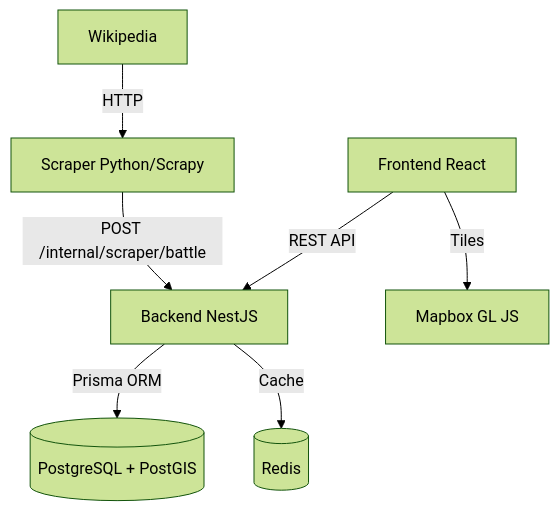
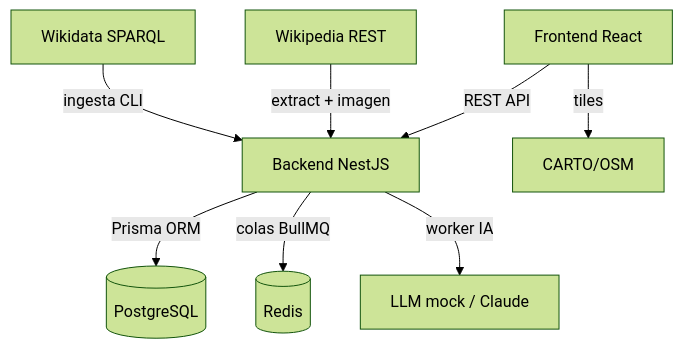
One commit to mtzgutierrez/bellum-atlas changed the diagram in docs/arquitectura/index.md. Above: the diagram before and after it, drawn with Mermaid (forest theme). The commit also changed other lines of this file and 76 other files, not shown here.

````diff
--- a/docs/arquitectura/index.md
+++ b/docs/arquitectura/index.md
@@ -9,9 +11,10 @@
 ```mermaid
 graph TD
-    W[Wikipedia] -->|HTTP| S[Scraper Python/Scrapy]
-    S -->|POST /internal/scraper/battle| B[Backend NestJS]
-    B -->|Prisma ORM| DB[(PostgreSQL + PostGIS)]
-    B -->|Cache| R[(Redis)]
+    WD[Wikidata SPARQL] -->|ingesta CLI| B[Backend NestJS]
+    WP[Wikipedia REST] -->|extract + imagen| B
+    B -->|Prisma ORM| DB[(PostgreSQL)]
+    B -->|colas BullMQ| R[(Redis)]
+    B -->|worker IA| LLM[LLM mock / Claude]
     F[Frontend React] -->|REST API| B
-    F -->|Tiles| M[Mapbox GL JS]
+    F -->|tiles| Carto[CARTO/OSM]
 ```
````
